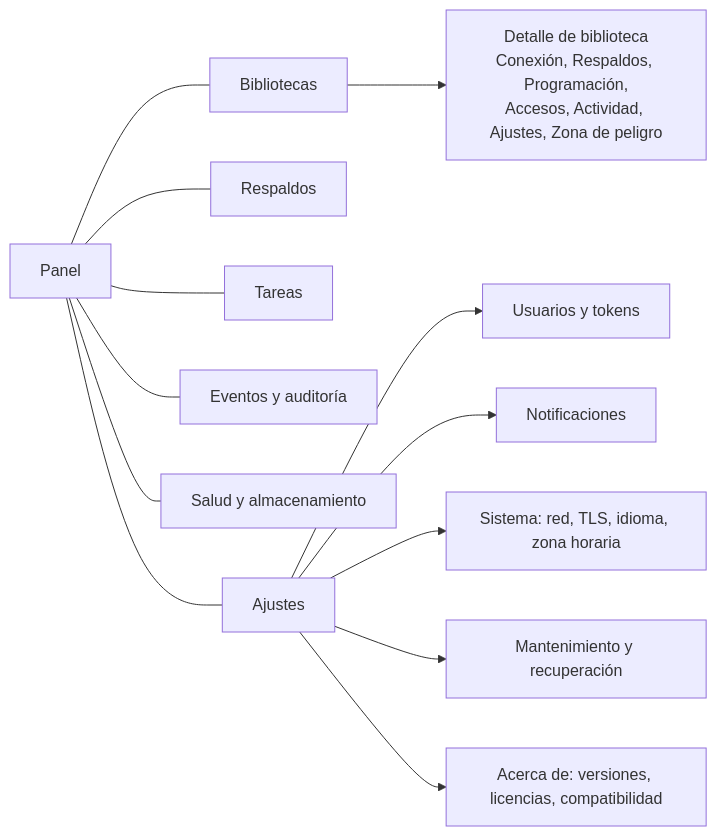
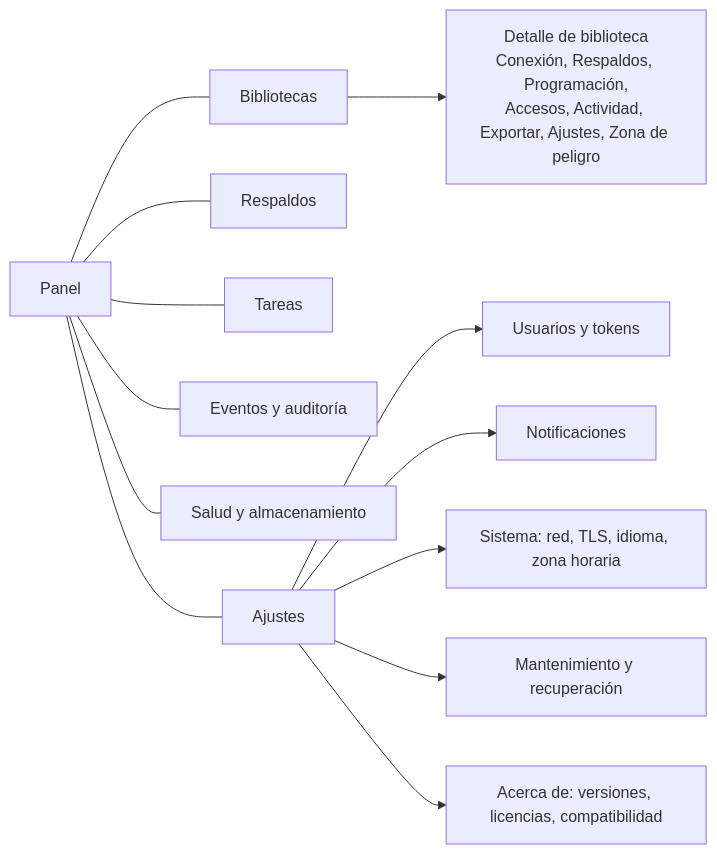
The diagram in docs/09-interfaz-web.md (donutinit/sqsolve), drawn with Mermaid before and after one commit. The commit also changed other lines of this file and 62 other files, not shown here.

````diff
--- a/docs/09-interfaz-web.md
+++ b/docs/09-interfaz-web.md
@@ -42,15 +42,15 @@
 ```mermaid
 flowchart LR
   P["Panel"] --- B["Bibliotecas"]
   P --- R["Respaldos"]
   P --- T["Tareas"]
   P --- E["Eventos y auditoría"]
   P --- S["Salud y almacenamiento"]
   P --- A["Ajustes"]
-  B --> BD["Detalle de biblioteca<br/>Conexión, Respaldos, Programación,<br/>Accesos, Actividad, Ajustes, Zona de peligro"]
+  B --> BD["Detalle de biblioteca<br/>Conexión, Respaldos, Programación,<br/>Accesos, Actividad, Exportar, Ajustes, Zona de peligro"]
   A --> AU["Usuarios y tokens"]
   A --> AN["Notificaciones"]
   A --> AS["Sistema: red, TLS, idioma, zona horaria"]
   A --> AM["Mantenimiento y recuperación"]
   A --> AC["Acerca de: versiones, licencias, compatibilidad"]
 ```
````
